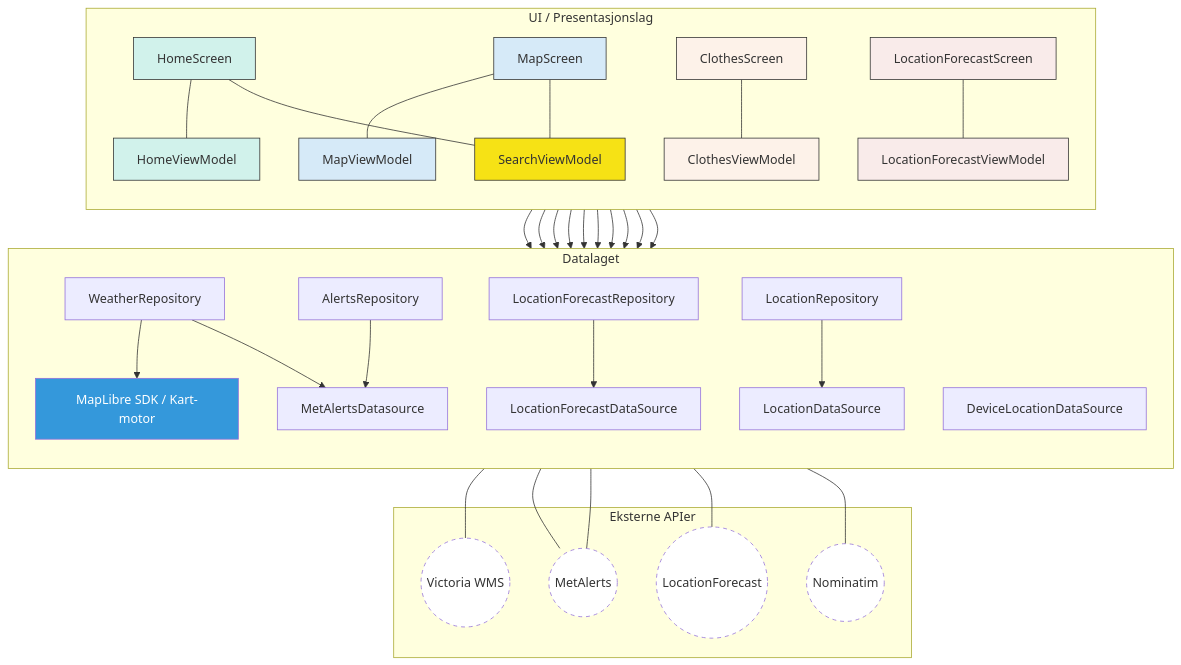
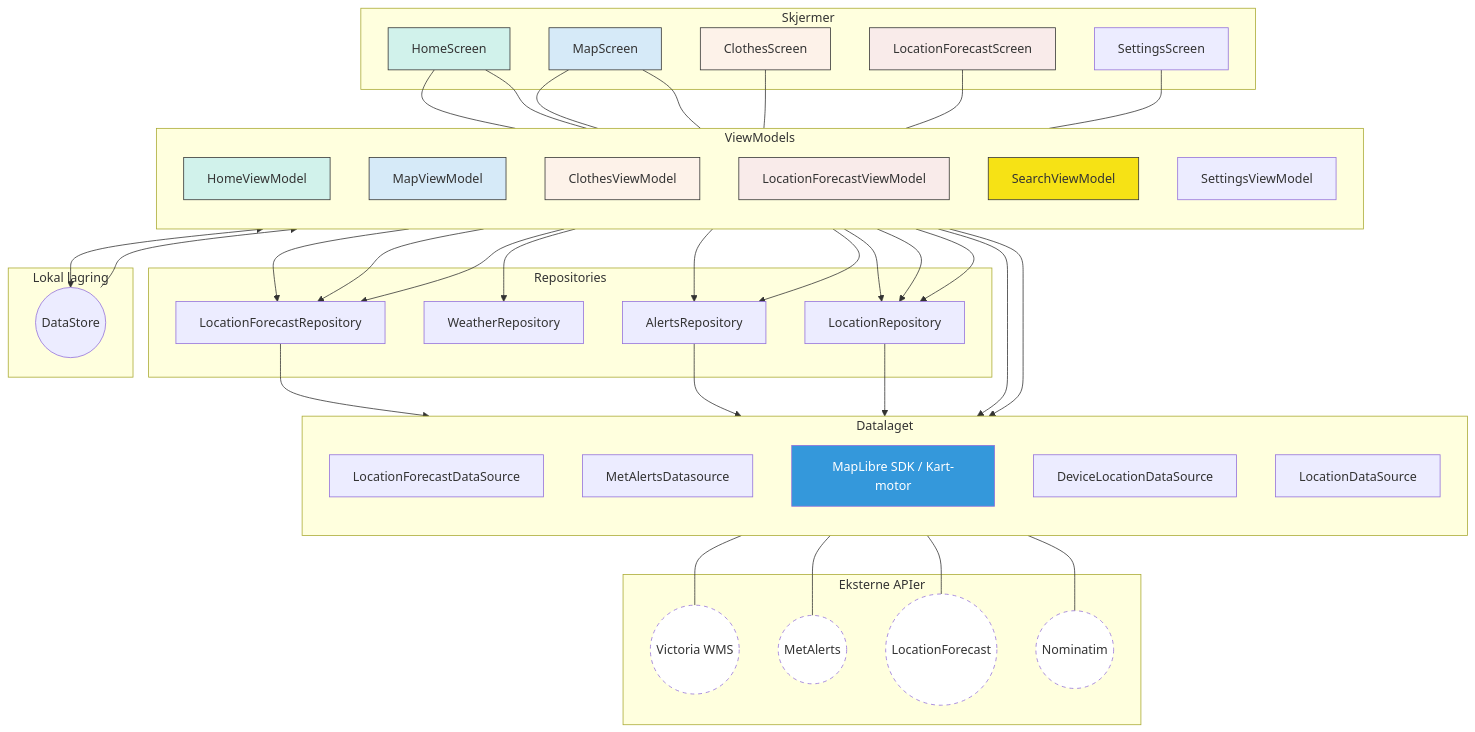
Before and after one commit to karolineogard/tskjortevaer-app: the diagram in ARCHITECTURE.md, drawn with Mermaid. The commit also changed other lines of this file, not shown here.

Commit message:
ferdigstille ARCHITECTURE.md

```diff
--- a/ARCHITECTURE.md
+++ b/ARCHITECTURE.md
@@ -6,61 +6,68 @@
   layout: fixed
 ---
 flowchart TB
- subgraph UI_Layer["UI / Presentasjonslag"]
+ subgraph UI_Viewmodels["ViewModels"]
     direction TB
-        HS["HomeScreen"]
-        MS["MapScreen"]
-        CS["ClothesScreen"]
-        LFS["LocationForecastScreen"]
         HVM["HomeViewModel"]
         MVM["MapViewModel"]
         CVM["ClothesViewModel"]
         LFVM["LocationForecastViewModel"]
         SVM["SearchViewModel"]
-
-        
+        STVM["SettingsViewModel"]
   end
+  subgraph Screens["Skjermer"]
+        HS["HomeScreen"]
+        MS["MapScreen"]
+        CS["ClothesScreen"]
+        LFS["LocationForecastScreen"]
+        S["SettingsScreen"]
+  end      
  subgraph Data_Layer["Datalaget"]
     direction TB
-        LFR["LocationForecastRepository"]
-        WR["WeatherRepository"]
-        LR["LocationRepository"]
         LFDS["LocationForecastDataSource"]
         MADS["MetAlertsDatasource"]
         MLSDK["MapLibre SDK / Kart-motor"]
         DLDS["DeviceLocationDataSource"]
-        AR["AlertsRepository"]
         LDS["LocationDataSource"]
   end
+subgraph Repositories["Repositories"]
+        LFR["LocationForecastRepository"]
+        WR["WeatherRepository"]
+        LR["LocationRepository"]
+        AR["AlertsRepository"]
+end
  subgraph External["Eksterne APIer"]
         MET(("Victoria WMS"))
         Alert(("MetAlerts"))
         Location(("LocationForecast"))
         GEO(("Nominatim"))
   end
-    HS --- HVM
-    MS --- MVM
+subgraph Local["Lokal lagring"]
+  Data(("DataStore"))
+  end
+    HS --- HVM & SVM
+    MS --- MVM & SVM
     CS --- CVM
     LFS --- LFVM
-    HVM --> LFR & LR & WR
-    MVM --> WR
-    WR --> MLSDK & MADS
+    S --- STVM
+
+    HVM --> LFR & LR & AR & DLDS
+    MVM --> WR & MLSDK & AR
     CVM --> LFR
-    LFVM --> LFR
+    LFVM --> LFR & LR
+    SVM --> LR
+
     LFR --> LFDS
+    AR --> MADS
+    LR --> LDS
+
     LFDS --- Location
     MADS --- Alert
-    MLSDK --- MET & Alert
-    LR --> LDS
+    MLSDK --- MET
     LDS --- GEO
-    MS --- SVM
-    HS --- SVM
-    SVM --> LFR
-    HVM --> DLDS
-    AR --> MADS
-    HVM --> AR
-    MVM --> AR
-    
+
+    STVM <--> Data
+    Data --> CVM
 
     style HS fill:#d1f2eb,stroke:#333
     style MS fill:#d6eaf8,stroke:#333
```
